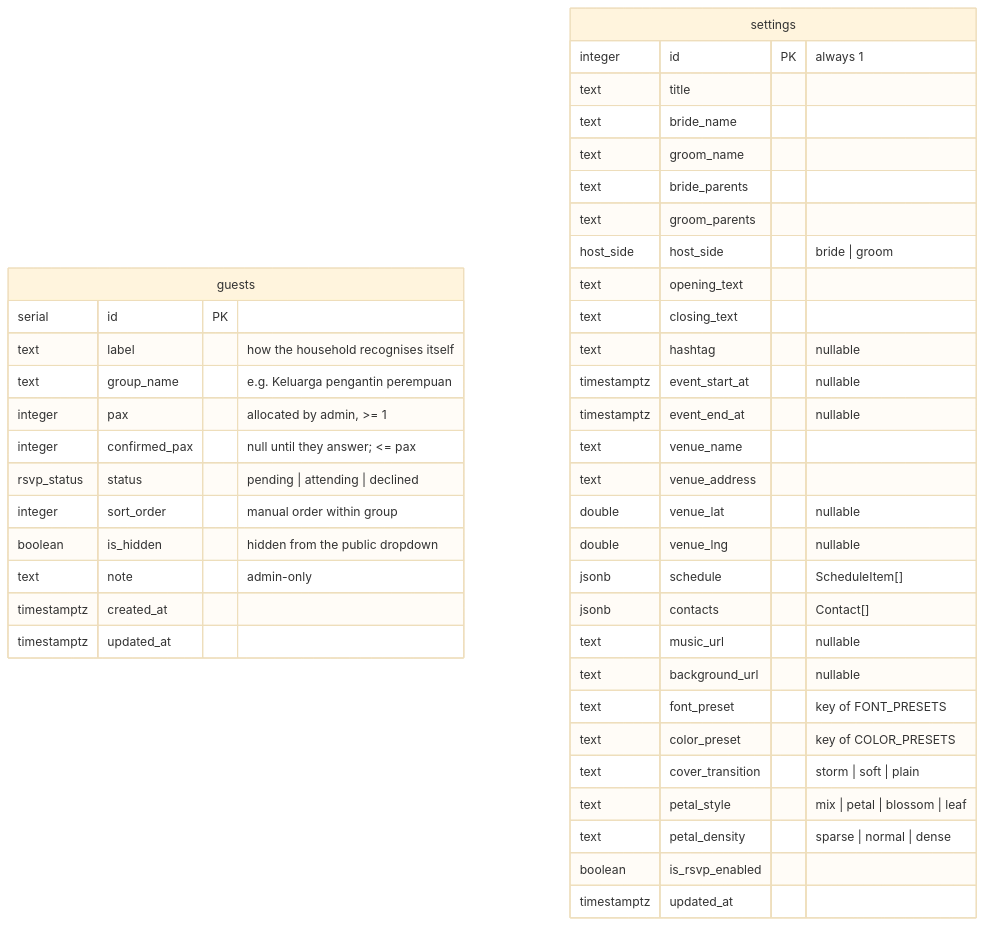
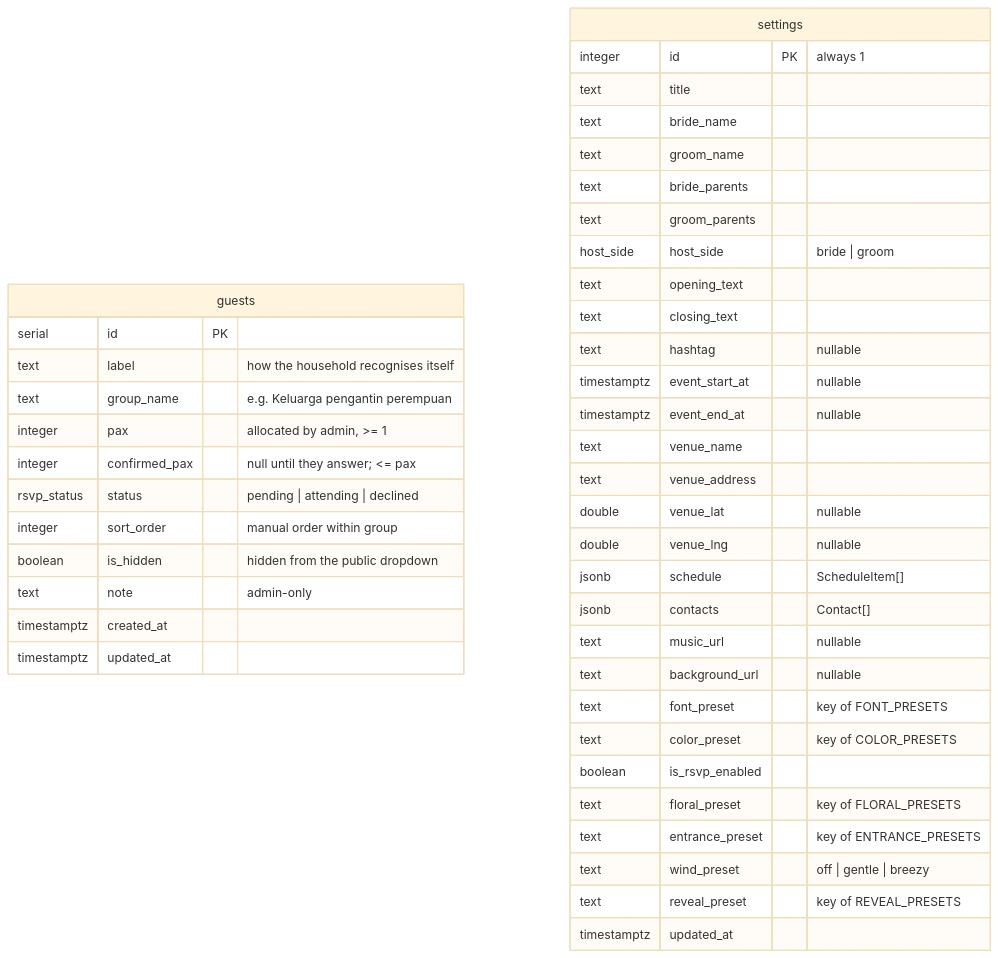
Before and after one commit to ellyboy98/card-tunang-product: the diagram in docs/03-data-model.md, drawn with Mermaid (base theme). The commit also changed other lines of this file and 28 other files, not shown here.

First line of the commit message:
docs: adopt the part 2 specification with floral themes and motion presets

````diff
--- a/docs/03-data-model.md
+++ b/docs/03-data-model.md
@@ -9,45 +9,46 @@
 ```mermaid
 erDiagram
   guests {
     serial        id            PK
     text          label         "how the household recognises itself"
     text          group_name    "e.g. Keluarga pengantin perempuan"
     integer       pax           "allocated by admin, >= 1"
     integer       confirmed_pax "null until they answer; <= pax"
     rsvp_status   status        "pending | attending | declined"
     integer       sort_order    "manual order within group"
     boolean       is_hidden     "hidden from the public dropdown"
     text          note          "admin-only"
     timestamptz   created_at
     timestamptz   updated_at
   }
   settings {
     integer       id              PK "always 1"
     text          title
     text          bride_name
     text          groom_name
     text          bride_parents
     text          groom_parents
     host_side     host_side       "bride | groom"
     text          opening_text
     text          closing_text
     text          hashtag         "nullable"
     timestamptz   event_start_at  "nullable"
     timestamptz   event_end_at    "nullable"
     text          venue_name
     text          venue_address
     double        venue_lat       "nullable"
     double        venue_lng       "nullable"
     jsonb         schedule        "ScheduleItem[]"
     jsonb         contacts        "Contact[]"
     text          music_url       "nullable"
     text          background_url  "nullable"
     text          font_preset     "key of FONT_PRESETS"
     text          color_preset    "key of COLOR_PRESETS"
-    text          cover_transition "storm | soft | plain"
-    text          petal_style     "mix | petal | blossom | leaf"
-    text          petal_density   "sparse | normal | dense"
     boolean       is_rsvp_enabled
+    text          floral_preset   "key of FLORAL_PRESETS"
+    text          entrance_preset "key of ENTRANCE_PRESETS"
+    text          wind_preset     "off | gentle | breezy"
+    text          reveal_preset   "key of REVEAL_PRESETS"
     timestamptz   updated_at
   }
 ```
````
